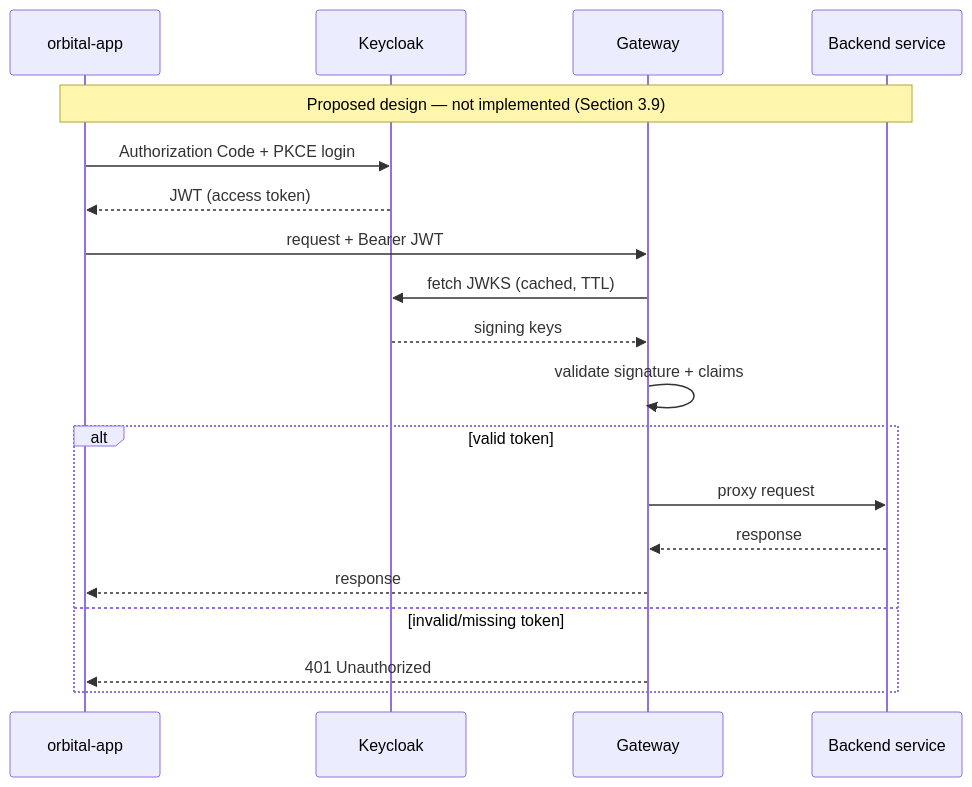
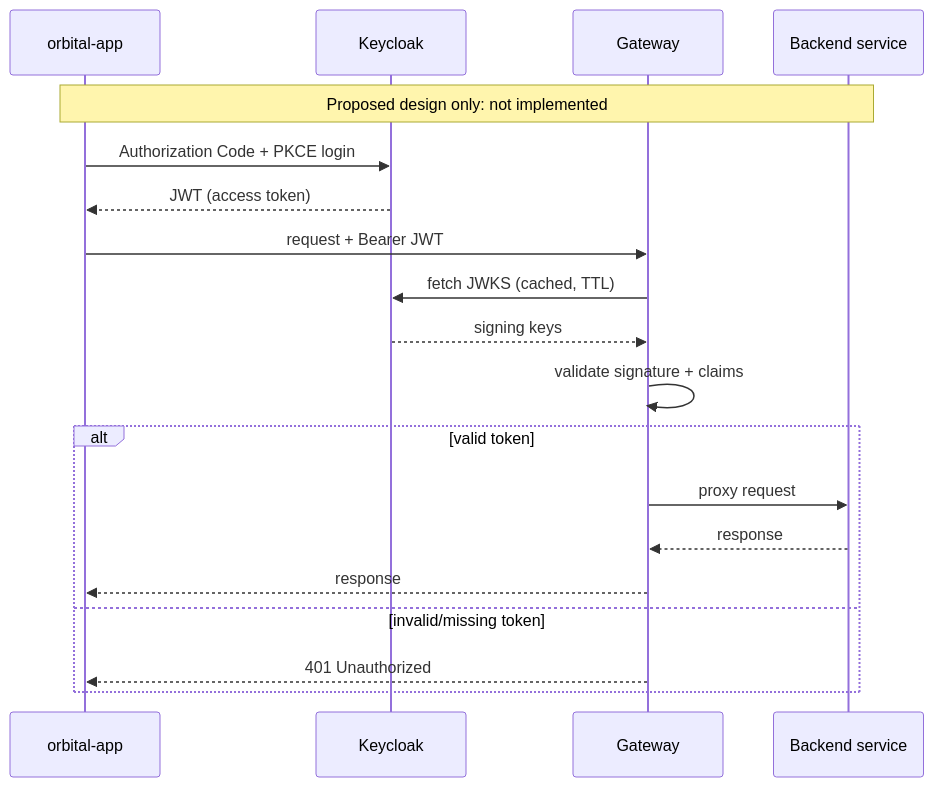
Before and after one commit to LoCh3f/orbital: the diagram in report/figures/keycloak-auth-flow.mmd, drawn with Mermaid. The commit also changed 24 other files, not shown here.

```diff
--- a/report/figures/keycloak-auth-flow.mmd
+++ b/report/figures/keycloak-auth-flow.mmd
@@ -1,21 +1,21 @@
 sequenceDiagram
     participant U as orbital-app
     participant K as Keycloak
     participant G as Gateway
     participant S as Backend service
 
-    Note over U,S: Proposed design — not implemented (Section 3.9)
+    Note over U,S: Proposed design only: not implemented
 
     U->>K: Authorization Code + PKCE login
     K-->>U: JWT (access token)
     U->>G: request + Bearer JWT
     G->>K: fetch JWKS (cached, TTL)
     K-->>G: signing keys
     G->>G: validate signature + claims
     alt valid token
         G->>S: proxy request
         S-->>G: response
         G-->>U: response
     else invalid/missing token
         G-->>U: 401 Unauthorized
     end
```
